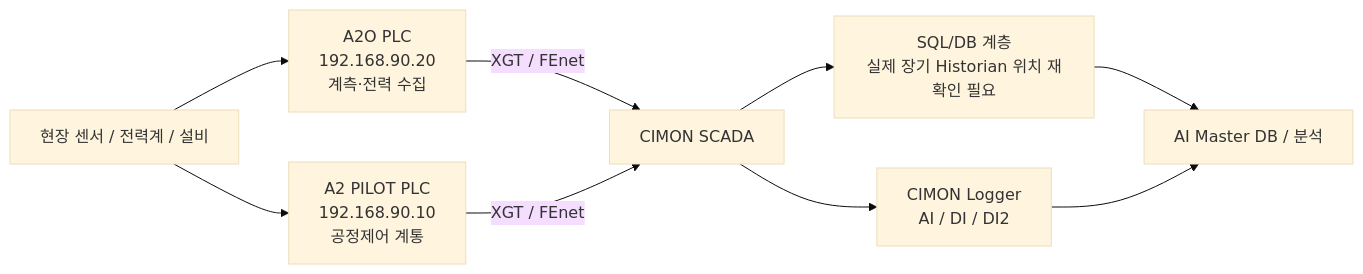
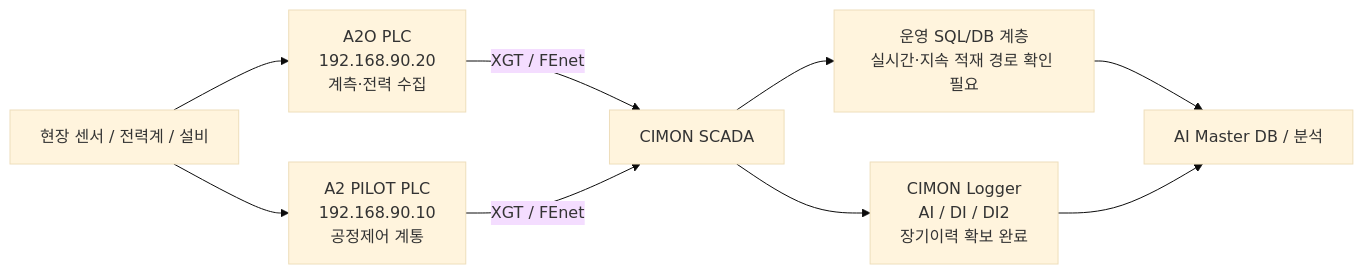
One commit to hori5000/Rulmera-OPA changed the diagram in 20-Water-AI/중랑/20-현장-시스템/01-중랑-데이터흐름-및-시스템경계.md. Above: the diagram before and after it, drawn with Mermaid (base theme). The commit also changed other lines of this file and 205 other files, not shown here.

````diff
--- a/20-Water-AI/중랑/20-현장-시스템/01-중랑-데이터흐름-및-시스템경계.md
+++ b/20-Water-AI/중랑/20-현장-시스템/01-중랑-데이터흐름-및-시스템경계.md
@@ -36,11 +37,11 @@
 ```mermaid
 flowchart LR
     SENSOR["현장 센서 / 전력계 / 설비"] --> A2O["A2O PLC<br/>192.168.90.20<br/>계측·전력 수집"]
     SENSOR --> A2P["A2 PILOT PLC<br/>192.168.90.10<br/>공정제어 계통"]
     A2O -->|"XGT / FEnet"| SCADA["CIMON SCADA"]
     A2P -->|"XGT / FEnet"| SCADA
-    SCADA --> DB["SQL/DB 계층<br/>실제 장기 Historian 위치 재확인 필요"]
-    SCADA --> LOGGER["CIMON Logger<br/>AI / DI / DI2"]
+    SCADA --> DB["운영 SQL/DB 계층<br/>실시간·지속 적재 경로 확인 필요"]
+    SCADA --> LOGGER["CIMON Logger<br/>AI / DI / DI2<br/>장기이력 확보 완료"]
     DB --> AI["AI Master DB / 분석"]
     LOGGER --> AI
 ```
````
